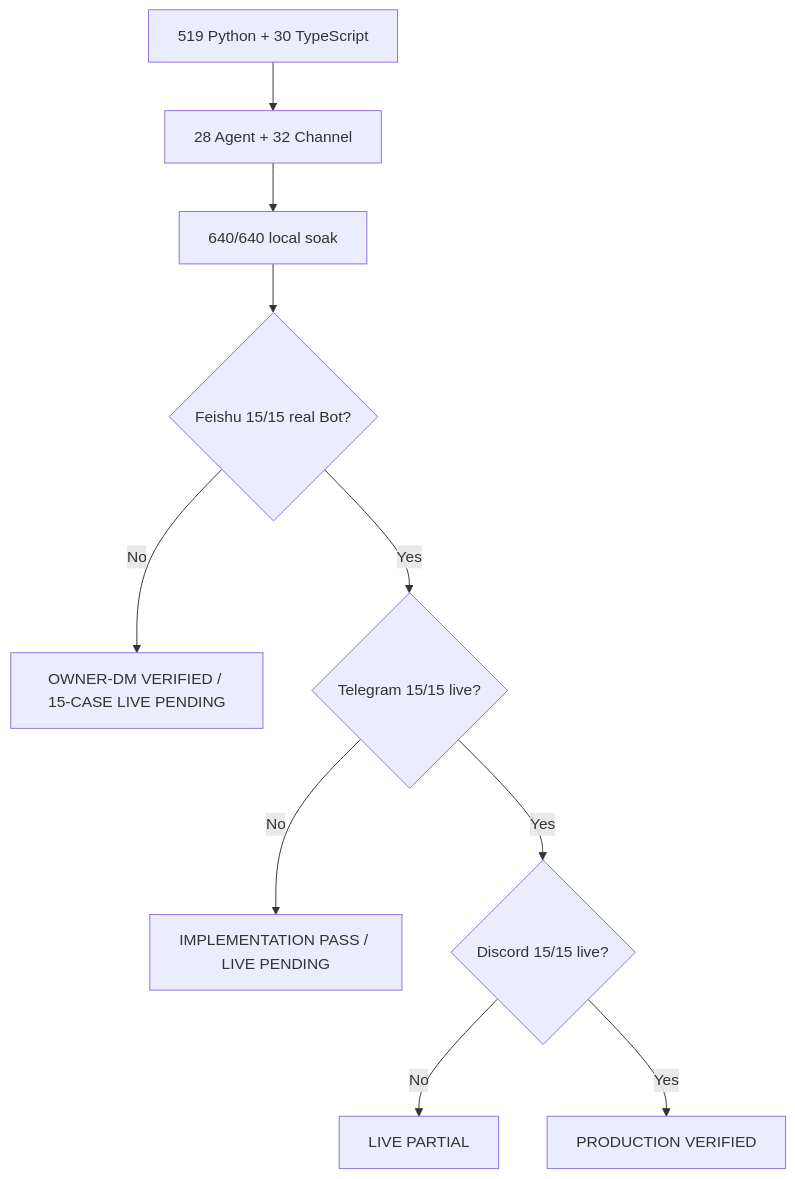
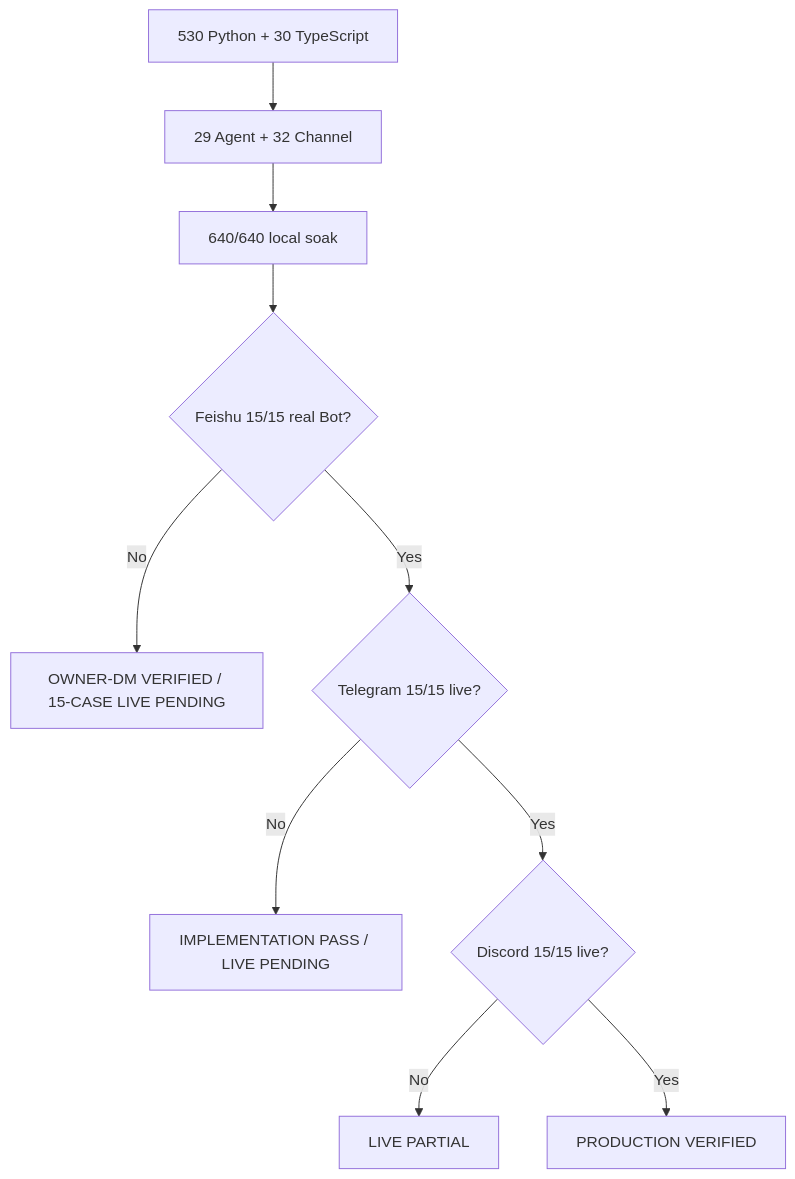
Before and after one commit to NEDONION/lobster0: the second of 2 diagrams in docs/engineering/phase-5/testing-and-live-acceptance.md, drawn with Mermaid. The commit also changed other lines of this file and 58 other files, not shown here.

````diff
--- a/docs/engineering/phase-5/testing-and-live-acceptance.md
+++ b/docs/engineering/phase-5/testing-and-live-acceptance.md
@@ -239,12 +239,12 @@
 ```mermaid
 flowchart TD
-    A["519 Python + 30 TypeScript"] --> B["28 Agent + 32 Channel"]
+    A["530 Python + 30 TypeScript"] --> B["29 Agent + 32 Channel"]
     B --> C["640/640 local soak"]
     C --> F{"Feishu 15/15 real Bot?"}
     F -->|"No"| R["OWNER-DM VERIFIED / 15-CASE LIVE PENDING"]
     F -->|"Yes"| D{"Telegram 15/15 live?"}
     D -->|"No"| P["IMPLEMENTATION PASS / LIVE PENDING"]
     D -->|"Yes"| E{"Discord 15/15 live?"}
     E -->|"No"| L["LIVE PARTIAL"]
     E -->|"Yes"| V["PRODUCTION VERIFIED"]
 ```
````
